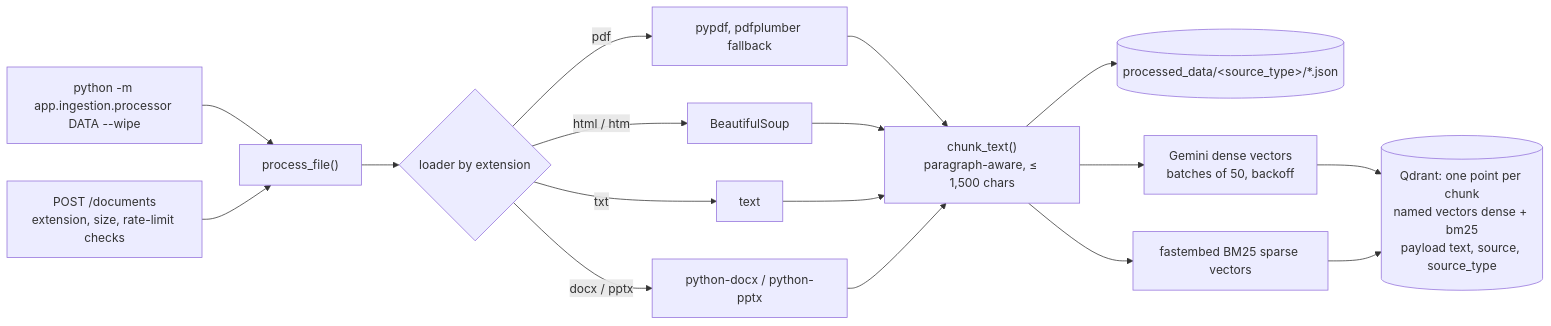
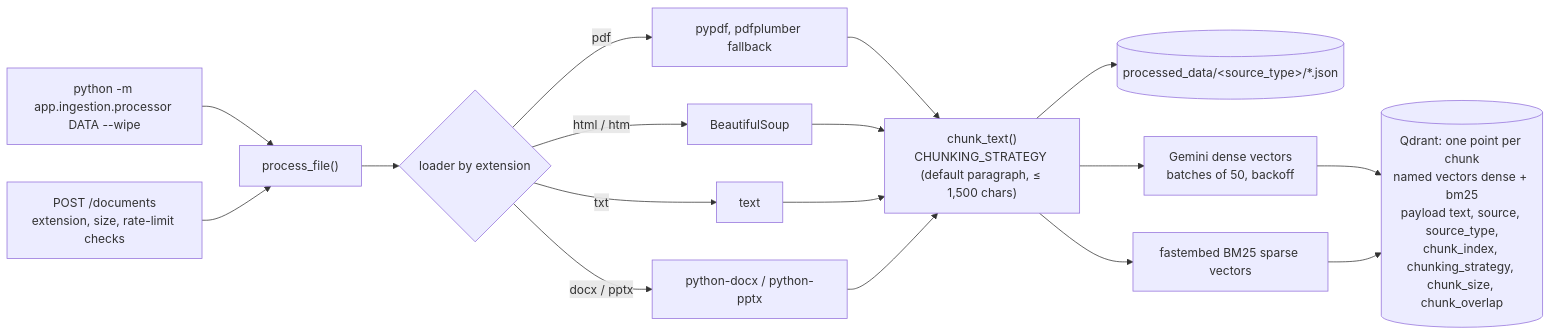
Before and after one commit to anilgehlotn/enterprise-agentic-rag: the fifth of 7 diagrams in ARCHITECTURE.md, drawn with Mermaid. The commit also changed 23 other files, not shown here.

````diff
--- a/ARCHITECTURE.md
+++ b/ARCHITECTURE.md
@@ -151,15 +151,15 @@
 ```mermaid
 flowchart LR
     CLI["python -m app.ingestion.processor DATA --wipe"] --> PF["process_file()"]
     UP["POST /documents<br/>extension, size, rate-limit checks"] --> PF
     PF --> L{"loader by extension"}
     L -->|"pdf"| PDF["pypdf, pdfplumber fallback"]
     L -->|"html / htm"| HTML["BeautifulSoup"]
     L -->|"txt"| TXT["text"]
     L -->|"docx / pptx"| OFF["python-docx / python-pptx"]
-    PDF & HTML & TXT & OFF --> CH["chunk_text()<br/>paragraph-aware, ≤ 1,500 chars"]
+    PDF & HTML & TXT & OFF --> CH["chunk_text()<br/>CHUNKING_STRATEGY (default paragraph, ≤ 1,500 chars)"]
     CH --> JSON[("processed_data/&lt;source_type&gt;/*.json")]
     CH --> DE["Gemini dense vectors<br/>batches of 50, backoff"]
     CH --> SP["fastembed BM25 sparse vectors"]
-    DE & SP --> QD[("Qdrant: one point per chunk<br/>named vectors dense + bm25<br/>payload text, source, source_type")]
+    DE & SP --> QD[("Qdrant: one point per chunk<br/>named vectors dense + bm25<br/>payload text, source, source_type,<br/>chunk_index, chunking_strategy, chunk_size, chunk_overlap")]
 ```
````
